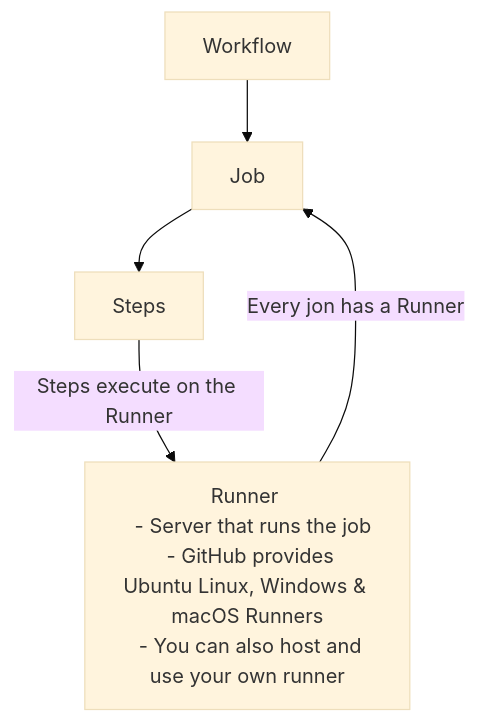
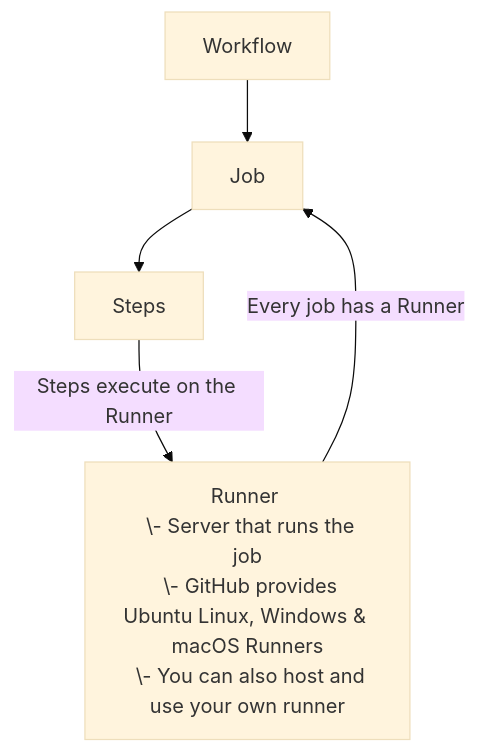
One commit to rtdevx/rtdevx.github.io changed the second of 2 diagrams in content/posts/training/GitHub/GitHub Actions - The Complete Guide/03-github-actions-fundamentals/index.md. Above: the diagram before and after it, drawn with Mermaid (base theme).

Commit message:
Obsidian sync: 2025-12-08 13:03:33

```diff
--- a/content/posts/training/GitHub/GitHub Actions - The Complete Guide/03-github-actions-fundamentals/index.md
+++ b/content/posts/training/GitHub/GitHub Actions - The Complete Guide/03-github-actions-fundamentals/index.md
@@ -121,12 +121,12 @@
 {{< mermaid >}}
 flowchart TD
   A[Workflow] --> B[Job]
   B --> C[Steps]
   C -->|Steps execute on the Runner| D[
   Runner 
-  - Server that runs the job
-  - GitHub provides Ubuntu Linux, Windows & macOS Runners
-  - You can also host and use your own runner
+  \- Server that runs the job
+  \- GitHub provides Ubuntu Linux, Windows & macOS Runners
+  \- You can also host and use your own runner
   ]
-  D -->|Every jon has a Runner| B[Job]
+  D -->|Every job has a Runner| B[Job]
 {{< /mermaid >}}
```
